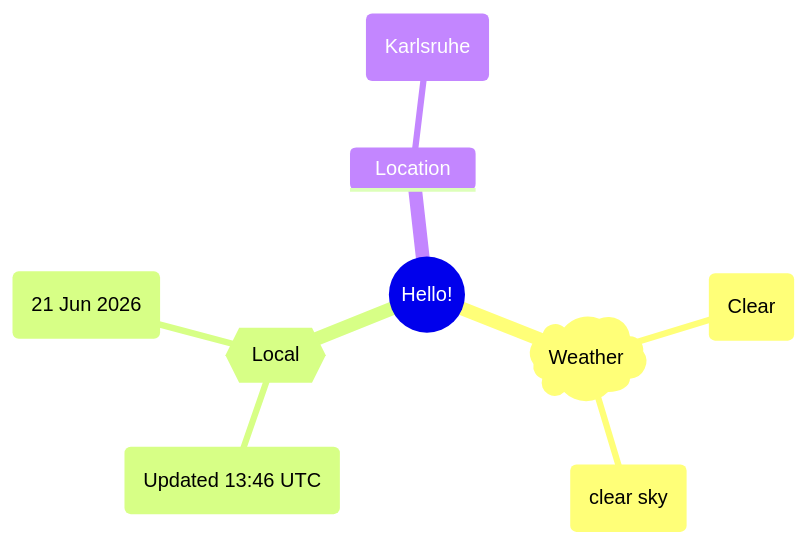
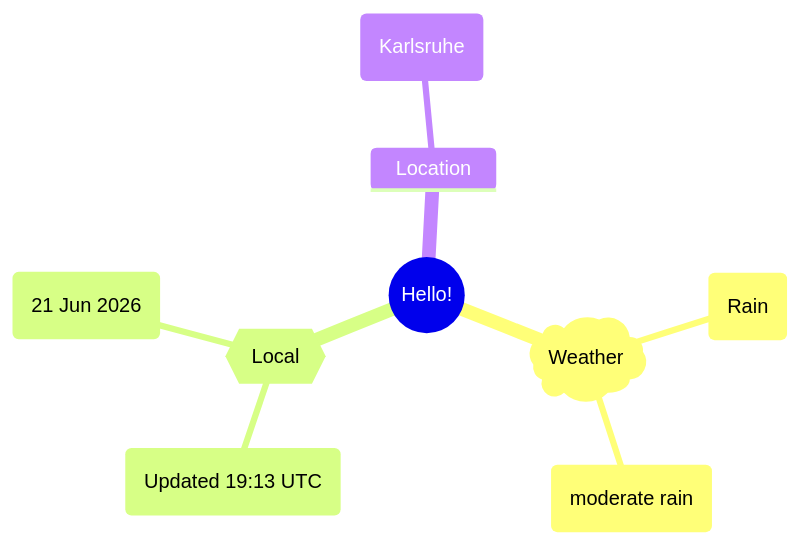
Before and after one commit to Xosrov/Xosrov: the first of 2 diagrams in README.md, drawn with Mermaid.

Commit message:
[bot] updated images

````diff
--- a/README.md
+++ b/README.md
@@ -3,12 +3,12 @@
 ```mermaid
 mindmap
   root((Hello!))
     )Weather(
-        (Clear)
-        (clear sky)
+        (Rain)
+        (moderate rain)
     {{Local}}
-        (Updated 13:46 UTC)
+        (Updated 19:13 UTC)
         (21 Jun 2026)
     Location
         (Karlsruhe)
 ```
````
